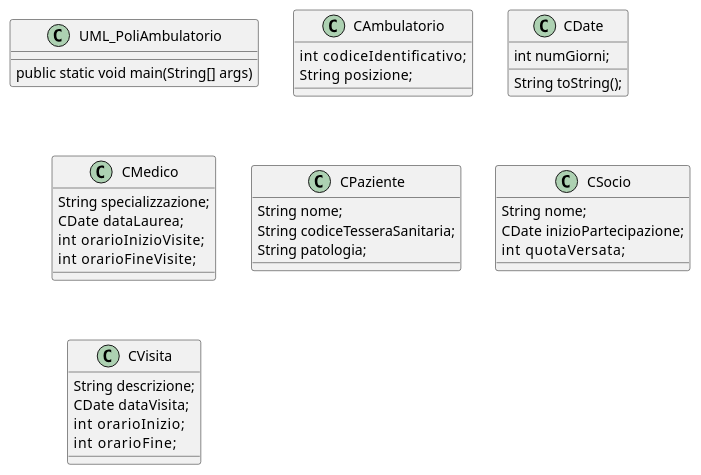
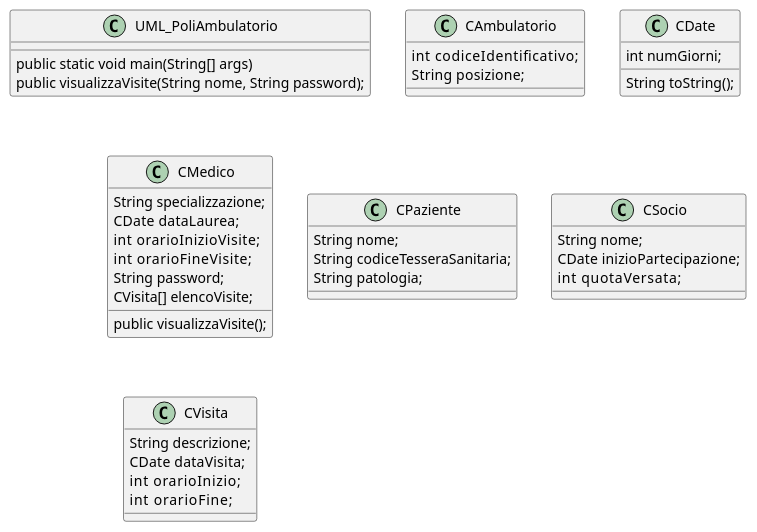
One commit to LorenzoTrick/Progetto-TeP-Lab changed the diagram in PUML_PoliAmbulatorio.puml. Above: the diagram before and after it, drawn with PlantUML.

```diff
--- a/PUML_PoliAmbulatorio.puml
+++ b/PUML_PoliAmbulatorio.puml
@@ -1,39 +1,43 @@
 @startuml
 
 class UML_PoliAmbulatorio {
     public static void main(String[] args)
+    public visualizzaVisite(String nome, String password);
 }
 
 class CAmbulatorio  {
     int     codiceIdentificativo;
     String  posizione;
 }
 class CDate {
     int numGiorni;    
     String toString();
 }
 class CMedico {
     String specializzazione;
     CDate  dataLaurea;  
     int    orarioInizioVisite;
     int    orarioFineVisite;
+    String password;
+    CVisita[] elencoVisite;
+    public visualizzaVisite();
 }
 class CPaziente {
     String nome;
     String codiceTesseraSanitaria;
     String patologia;  
 }
 class CSocio {
     String nome;
     CDate  inizioPartecipazione;
     int    quotaVersata;
 }
 class CVisita {
     String descrizione;
     CDate  dataVisita;
     int    orarioInizio;
     int    orarioFine;
 }
 
 
 @enduml
```
